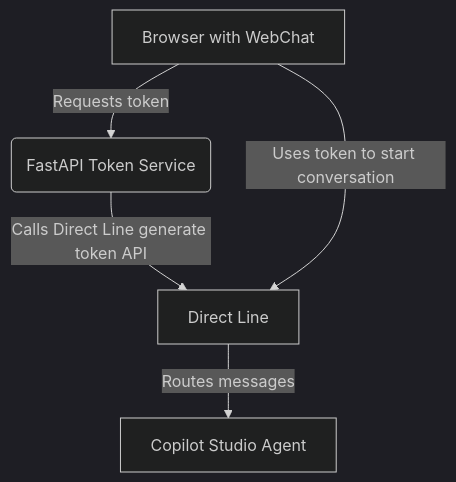
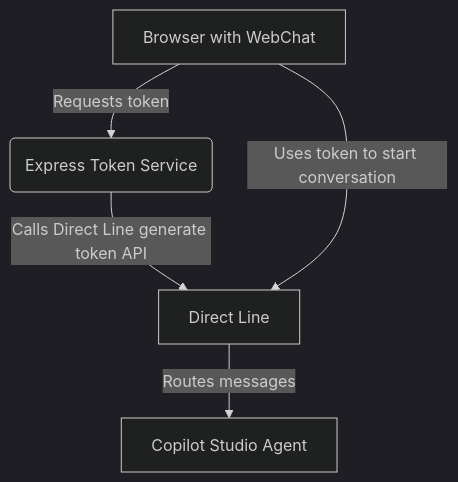
Before and after one commit to Adieuf/WebChat: the diagram in README.md, drawn with Mermaid (dark theme). The commit also changed other lines of this file and 8 other files, not shown here.

````diff
--- a/README.md
+++ b/README.md
@@ -83,7 +70,7 @@
 ```mermaid
 graph TD
-    A[Browser with WebChat] -->|Requests token| B(FastAPI Token Service)
+    A[Browser with WebChat] -->|Requests token| B(Express Token Service)
     B -->|Calls Direct Line generate token API| C[Direct Line]
     A -->|Uses token to start conversation| C
     C -->|Routes messages| D[Copilot Studio Agent]
 ```
````
